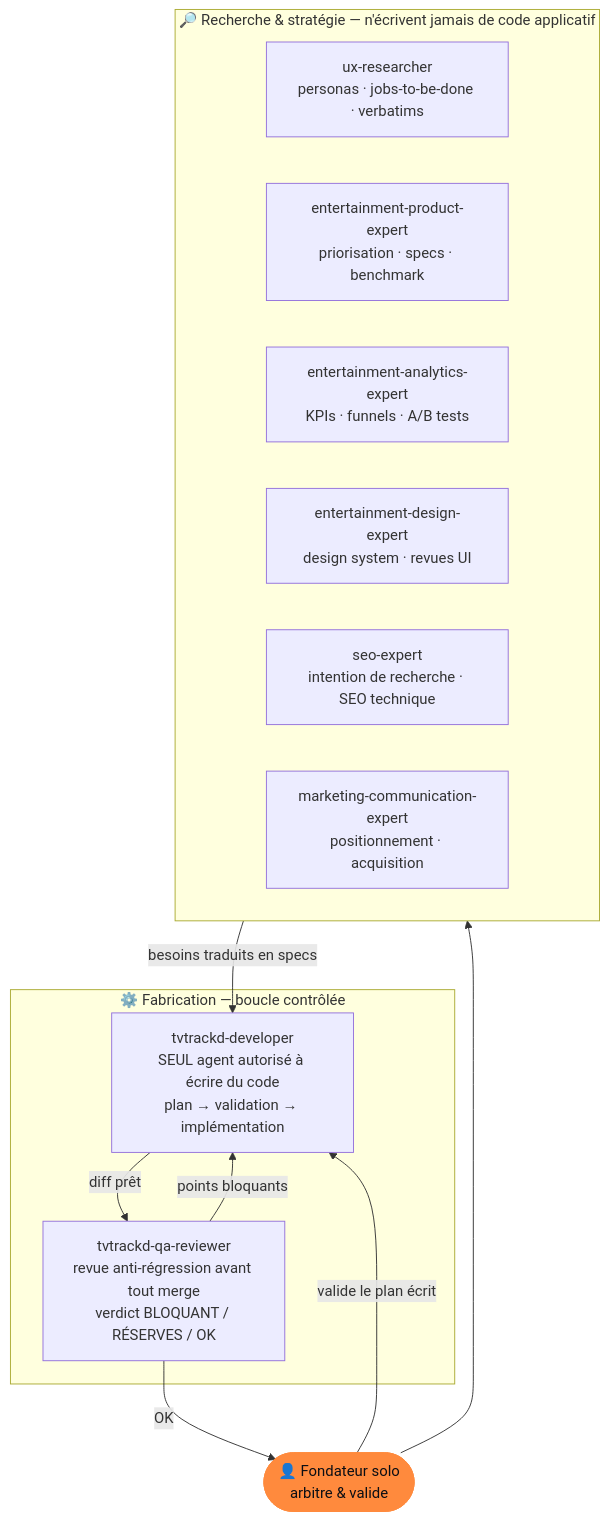
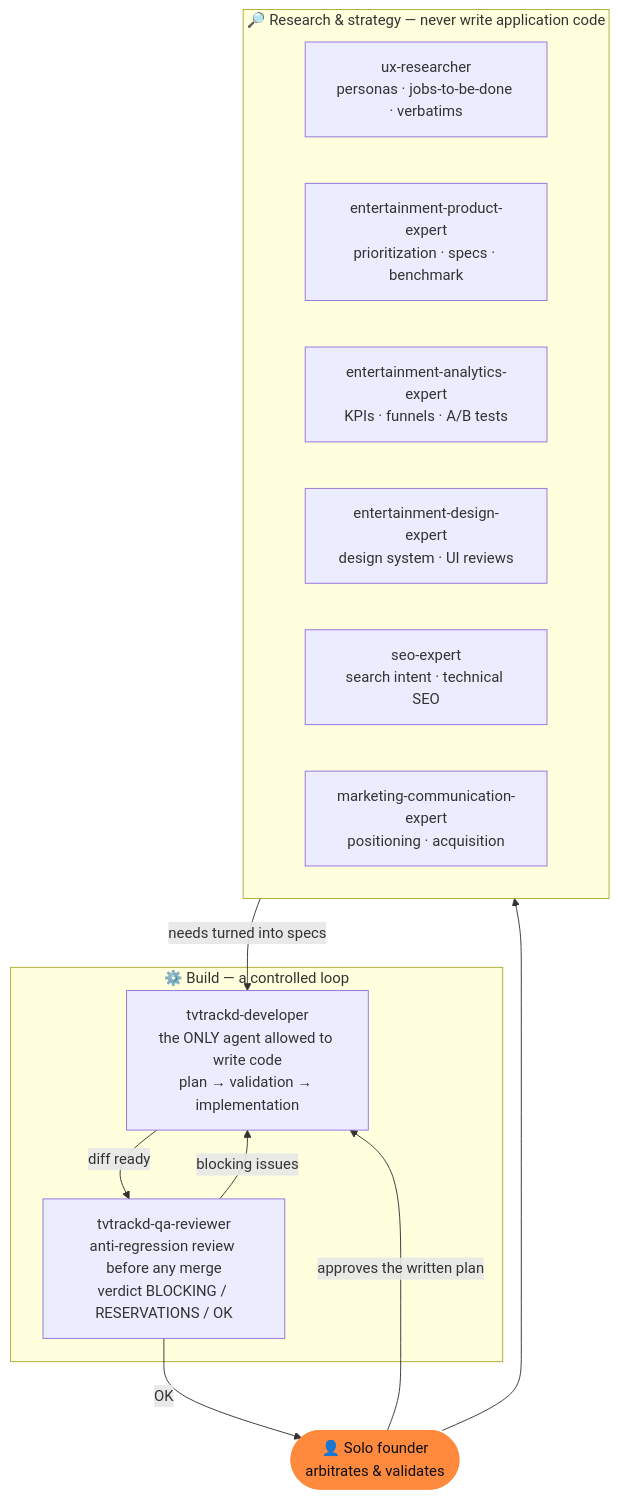
One commit to EricLePatron/tvtrackd changed the diagram in README.md. Above: the diagram before and after it, drawn with Mermaid. The commit also changed other lines of this file, not shown here.

````diff
--- a/README.md
+++ b/README.md
@@ -46,27 +46,27 @@
 ```mermaid
 flowchart TD
-    U([👤 Fondateur solo<br/>arbitre &amp; valide]):::human
+    U([👤 Solo founder<br/>arbitrates &amp; validates]):::human
 
-    subgraph Discovery["🔎 Recherche &amp; stratégie — n'écrivent jamais de code applicatif"]
+    subgraph Discovery["🔎 Research &amp; strategy — never write application code"]
         UX[ux-researcher<br/>personas · jobs-to-be-done · verbatims]
-        PROD[entertainment-product-expert<br/>priorisation · specs · benchmark]
+        PROD[entertainment-product-expert<br/>prioritization · specs · benchmark]
         DATA[entertainment-analytics-expert<br/>KPIs · funnels · A/B tests]
-        DES[entertainment-design-expert<br/>design system · revues UI]
-        SEO[seo-expert<br/>intention de recherche · SEO technique]
-        MKT[marketing-communication-expert<br/>positionnement · acquisition]
+        DES[entertainment-design-expert<br/>design system · UI reviews]
+        SEO[seo-expert<br/>search intent · technical SEO]
+        MKT[marketing-communication-expert<br/>positioning · acquisition]
     end
 
-    subgraph Build["⚙️ Fabrication — boucle contrôlée"]
-        DEV[tvtrackd-developer<br/>SEUL agent autorisé à écrire du code<br/>plan → validation → implémentation]
-        QA[tvtrackd-qa-reviewer<br/>revue anti-régression avant tout merge<br/>verdict BLOQUANT / RÉSERVES / OK]
+    subgraph Build["⚙️ Build — a controlled loop"]
+        DEV[tvtrackd-developer<br/>the ONLY agent allowed to write code<br/>plan → validation → implementation]
+        QA[tvtrackd-qa-reviewer<br/>anti-regression review before any merge<br/>verdict BLOCKING / RESERVATIONS / OK]
     end
 
     U --> Discovery
-    Discovery -->|besoins traduits en specs| DEV
-    U -->|valide le plan écrit| DEV
-    DEV -->|diff prêt| QA
-    QA -->|points bloquants| DEV
+    Discovery -->|needs turned into specs| DEV
+    U -->|approves the written plan| DEV
+    DEV -->|diff ready| QA
+    QA -->|blocking issues| DEV
     QA -->|OK| U
 
     classDef human fill:#FF8A3D,stroke:#FF8A3D,color:#0B0E14;
 ```
````
